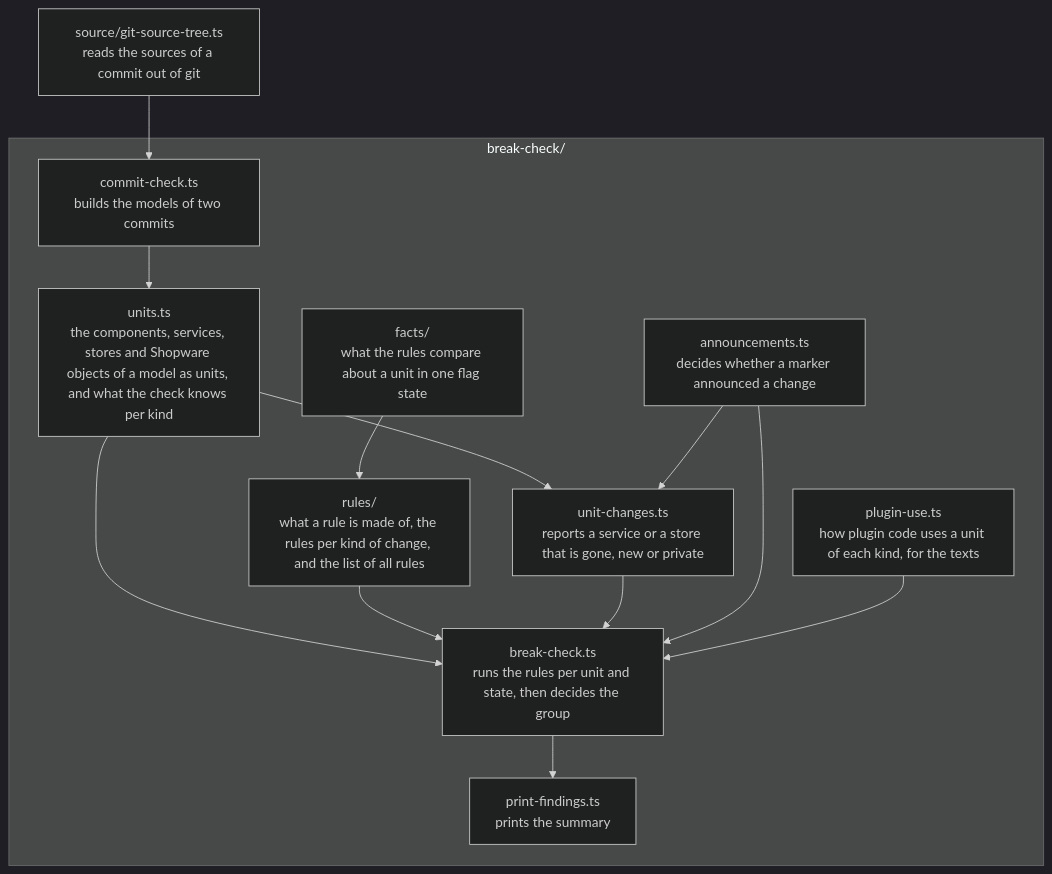
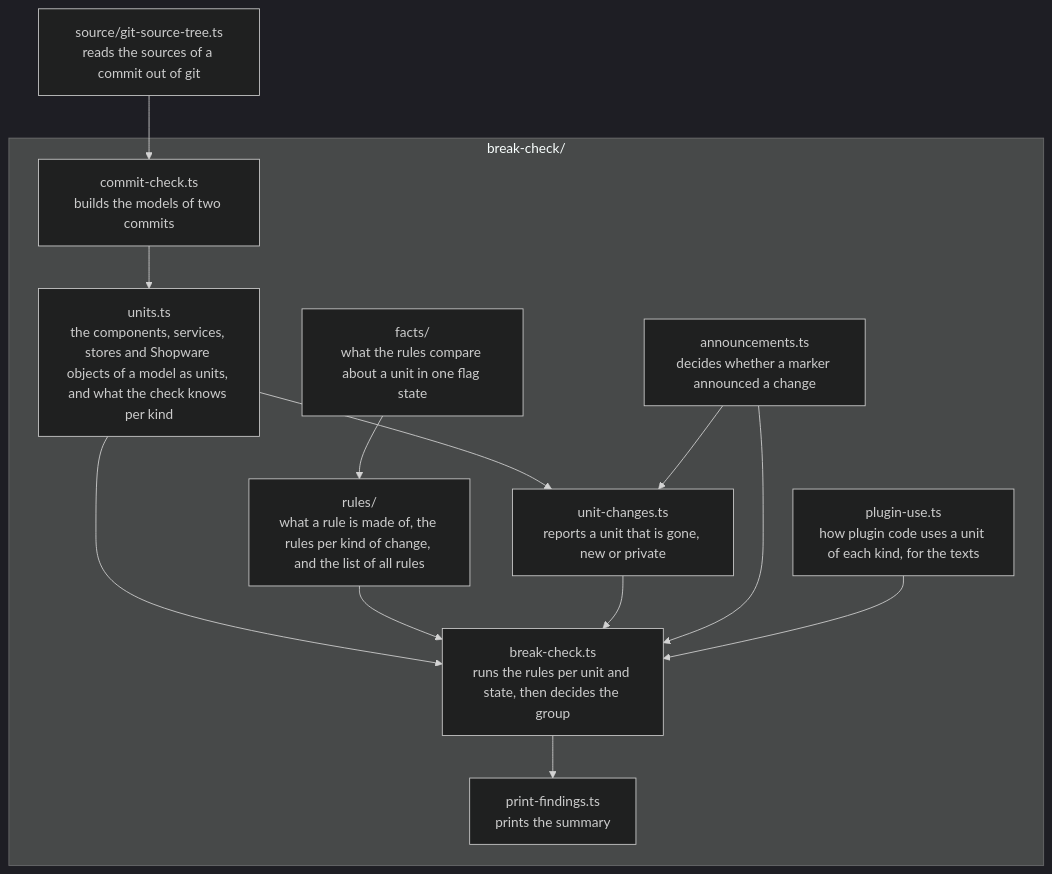
One commit to shopware/shopware changed the second of 2 diagrams in src/Administration/Resources/app/administration/scripts/generate-public-api/README.md. Above: the diagram before and after it, drawn with Mermaid (dark theme). The commit also changed other lines of this file and 22 other files, not shown here.

````diff
--- a/src/Administration/Resources/app/administration/scripts/generate-public-api/README.md
+++ b/src/Administration/Resources/app/administration/scripts/generate-public-api/README.md
@@ -121,22 +123,22 @@
 ```mermaid
 flowchart TD
     git["source/git-source-tree.ts<br/>reads the sources of a commit out of git"]
     subgraph check["break-check/"]
         commits["commit-check.ts<br/>builds the models of two commits"]
         units["units.ts<br/>the components, services, stores and Shopware objects of a model as units, and what the check knows per kind"]
         facts["facts/<br/>what the rules compare about a unit in one flag state"]
         rules["rules/<br/>what a rule is made of, the rules per kind of change, and the list of all rules"]
         classify["break-check.ts<br/>runs the rules per unit and state, then decides the group"]
-        whole["unit-changes.ts<br/>reports a service or a store that is gone, new or private"]
+        whole["unit-changes.ts<br/>reports a unit that is gone, new or private"]
         announced["announcements.ts<br/>decides whether a marker announced a change"]
         use["plugin-use.ts<br/>how plugin code uses a unit of each kind, for the texts"]
         print["print-findings.ts<br/>prints the summary"]
     end
 
     git --> commits --> units --> classify
     facts --> rules --> classify --> print
     units --> whole --> classify
     announced --> classify
     announced --> whole
     use --> classify
 ```
````
